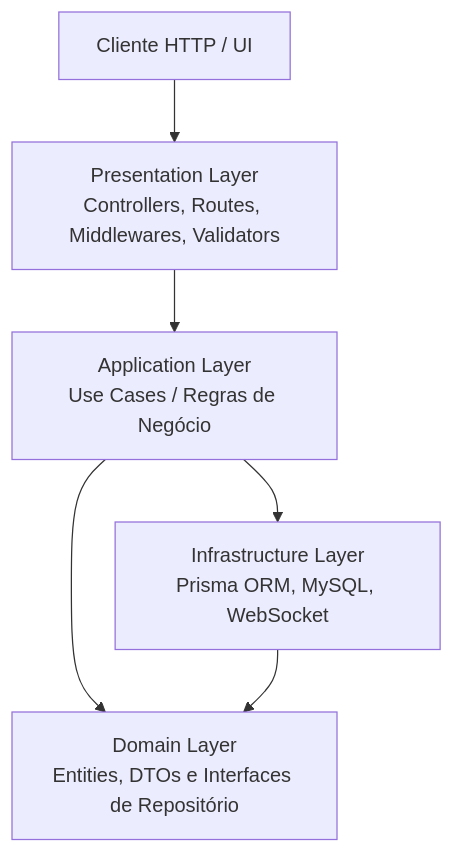
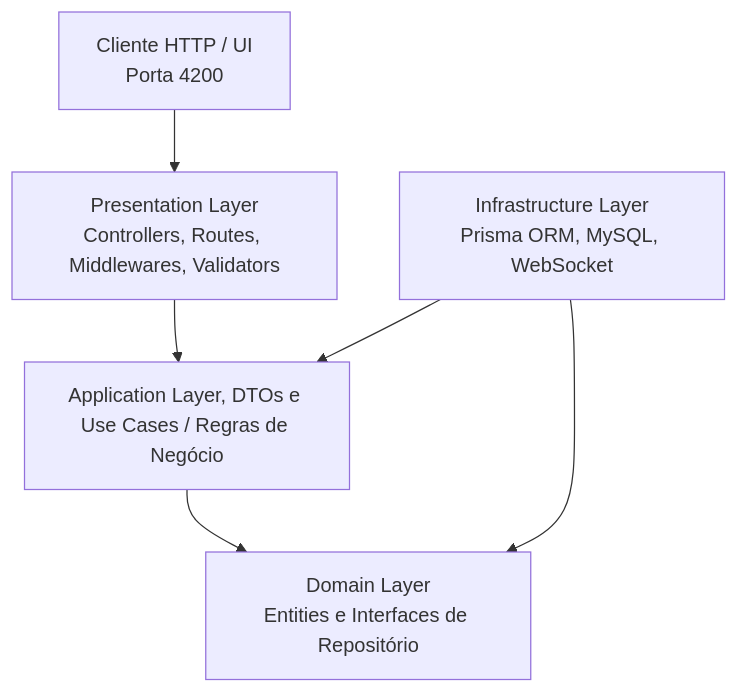
The diagram in README.md (DiegoSantos18/NATIVE.CustomerManagement.API), drawn with Mermaid before and after one commit.

Commit message:
docs(api): update project documentation mermaid

````diff
--- a/README.md
+++ b/README.md
@@ -24,8 +24,8 @@
 ```mermaid
 graph TD
-    Client[Cliente HTTP / UI] --> Presentation[Presentation Layer<br>Controllers, Routes, Middlewares, Validators]
-    Presentation --> Application[Application Layer<br>Use Cases / Regras de Negócio]
-    Application --> Domain[Domain Layer<br>Entities, DTOs e Interfaces de Repositório]
-    Infrastructure[Infrastructure Layer<br>Prisma ORM, MySQL, WebSocket] --> Domain
-    Application --> Infrastructure
+    Client[Cliente HTTP / UI<br>Porta 4200] --> Presentation[Presentation Layer<br>Controllers, Routes, Middlewares, Validators]
+    Presentation --> Application[Application Layer, DTOs e <br>Use Cases / Regras de Negócio]
+    Application --> Domain[Domain Layer<br>Entities e Interfaces de Repositório]
+    Infrastructure[Infrastructure Layer<br>Prisma ORM, MySQL, WebSocket] --> Application
+    Infrastructure --> Domain
 ```
````
